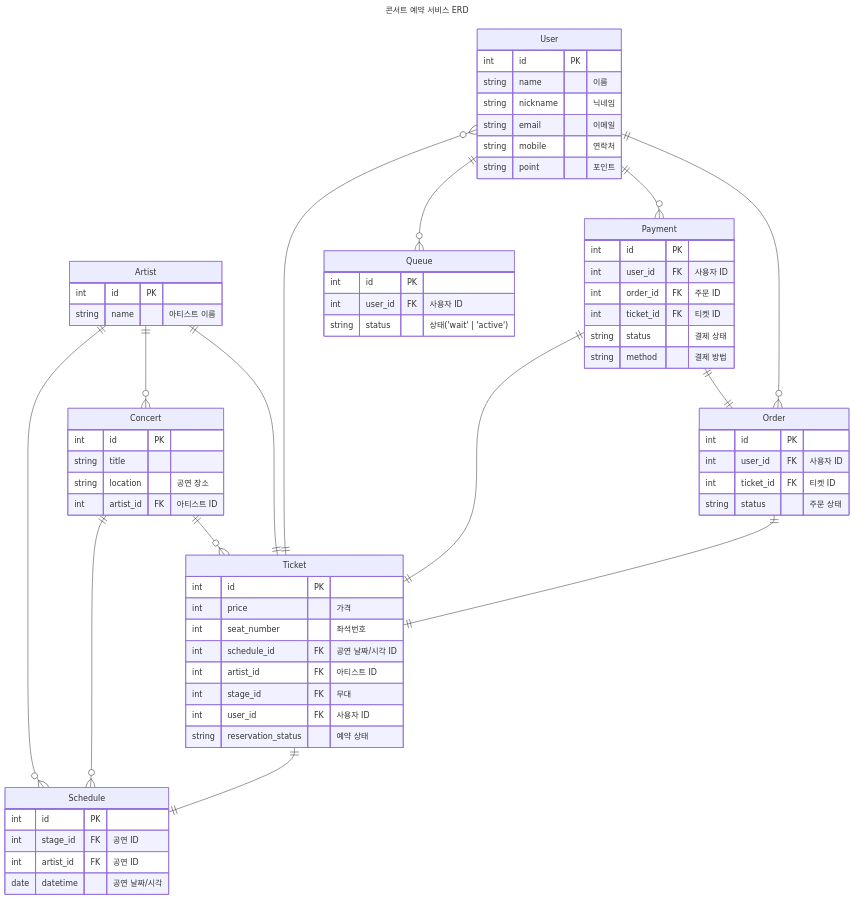
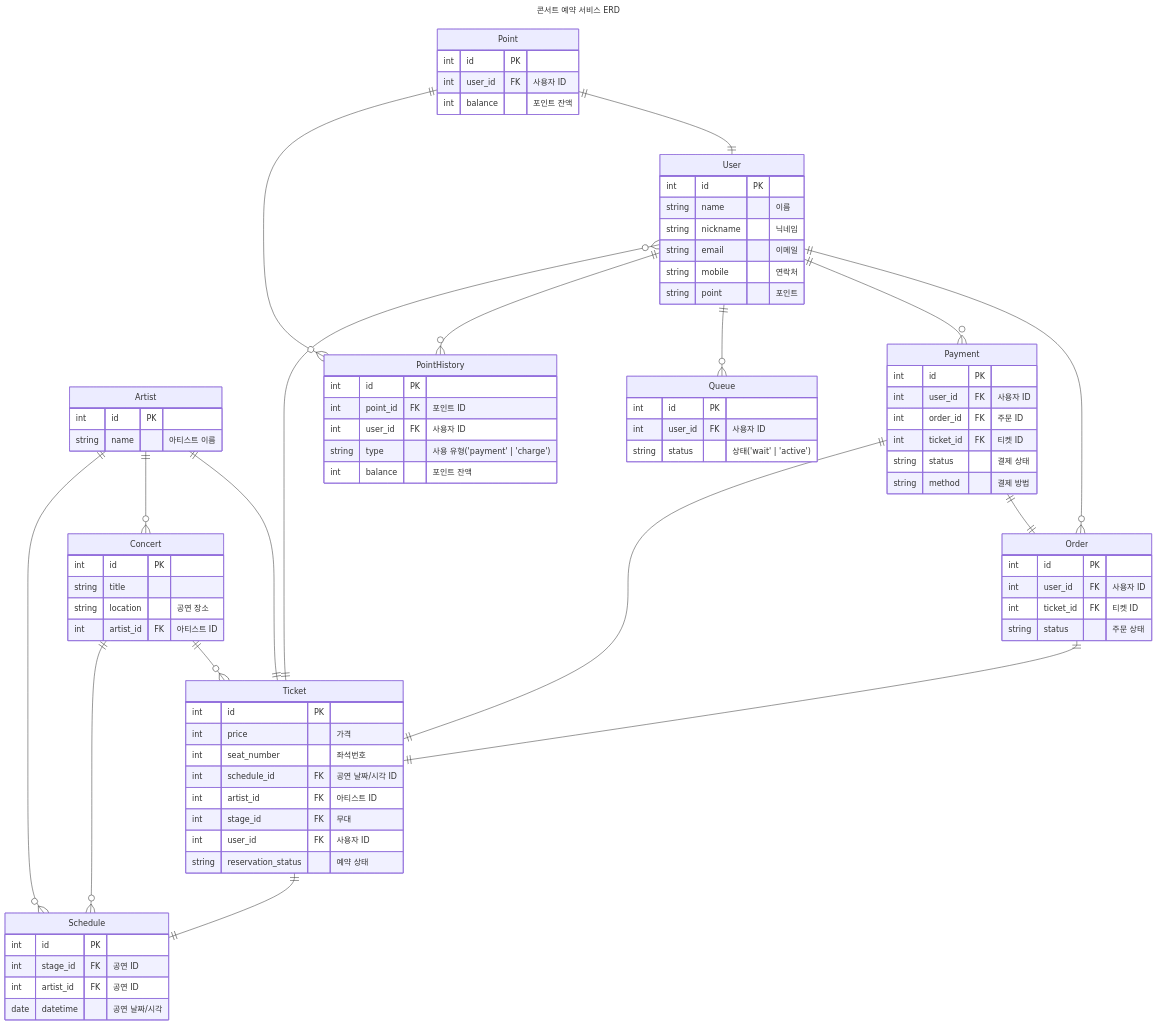
The diagram in README.md (kimkyeseung/hhplus-server-nest), drawn with Mermaid before and after one commit.

Commit message:
doc: Point, PointHistory 다이어그램 추가

````diff
--- a/README.md
+++ b/README.md
@@ -78,6 +78,18 @@
         int user_id FK "사용자 ID"
         string reservation_status "예약 상태"
     }
+    Point {
+        int id PK
+        int user_id FK "사용자 ID"
+        int balance "포인트 잔액"
+    }
+    PointHistory {
+        int id PK
+        int point_id FK "포인트 ID"
+        int user_id FK "사용자 ID"
+        string type "사용 유형('payment' | 'charge')"
+        int balance "포인트 잔액"
+    }
     Order {
         int id PK
         int user_id FK "사용자 ID"
@@ -105,5 +117,8 @@
     Ticket ||--|| Schedule : ""
     Payment ||--|| Order: ""
     Payment ||--|| Ticket: ""
+    Point ||--|| User: ""
+    Point ||--o{ PointHistory : ""
+    User ||--o{ PointHistory : ""
 
 ```
````
